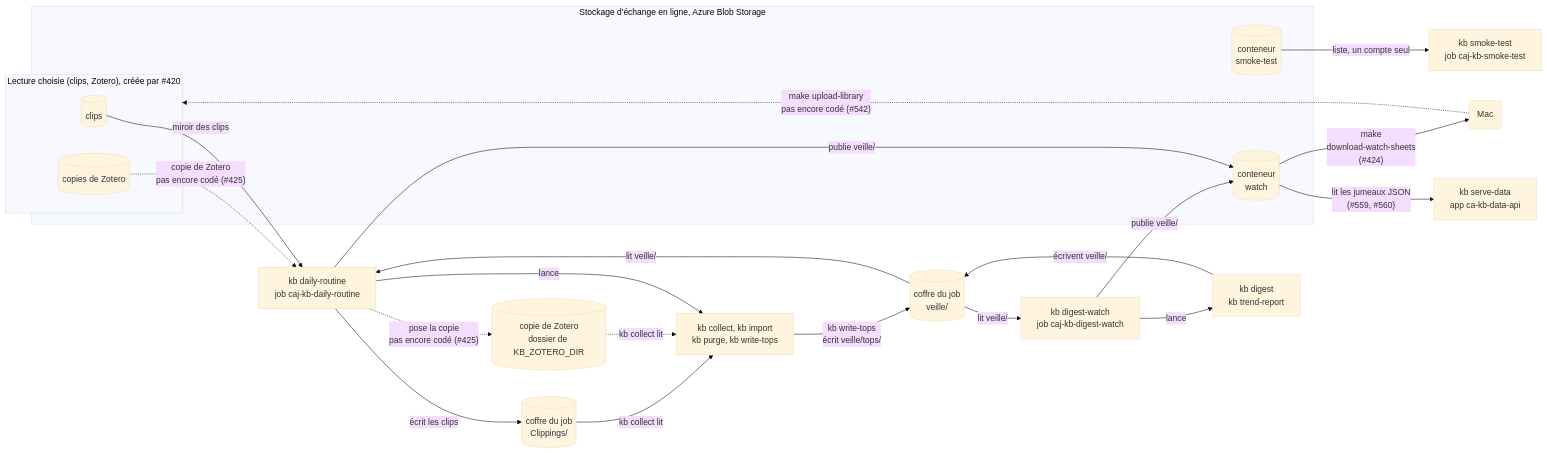
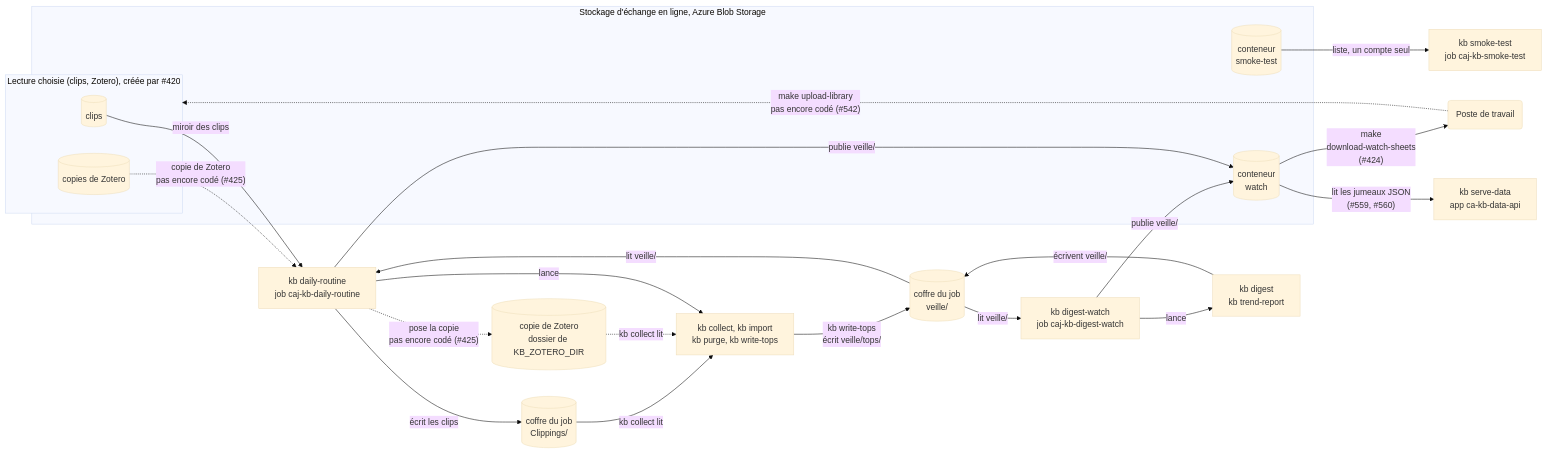
The third of 4 diagrams in documentation/architecture_pour_docu.md (SabineLaurent/K-B), drawn with Mermaid (base theme) before and after one commit. The commit also changed other lines of this file and 5 other files, not shown here.

Commit message:
docs: say in local and online instead of on the Mac in the site, and the workstation where the Mac was an actor, keeping macOS for Homebrew and the TLS trial (issue 684)

````diff
--- a/documentation/architecture_pour_docu.md
+++ b/documentation/architecture_pour_docu.md
@@ -197,41 +197,41 @@
 ```mermaid
 flowchart LR
     accTitle: Les jobs en ligne et le stockage d'échange
-    accDescr: Dans le stockage d'échange en ligne, kb smoke-test liste le conteneur smoke-test. kb daily-routine copie les clips du conteneur clippings dans le coffre du job, lance kb collect, kb import, kb purge et kb write-tops, puis publie veille dans le conteneur watch. kb digest-watch lance kb digest et kb trend-report, puis publie veille de même. L'API de données lit les jumeaux JSON de watch, et le Mac en copie les fiches. L'envoi des clips et de Zotero depuis le Mac et la copie de Zotero dans le job ne sont pas encore codés.
+    accDescr: Dans le stockage d'échange en ligne, kb smoke-test liste le conteneur smoke-test. kb daily-routine copie les clips du conteneur clippings dans le coffre du job, lance kb collect, kb import, kb purge et kb write-tops, puis publie veille dans le conteneur watch. kb digest-watch lance kb digest et kb trend-report, puis publie veille de même. L'API de données lit les jumeaux JSON de watch, et le poste de travail en copie les fiches. L'envoi des clips et de Zotero depuis le poste de travail et la copie de Zotero dans le job ne sont pas encore codés.
     subgraph exchange["Stockage d'échange en ligne, Azure Blob Storage"]
         smokeContainer[("conteneur<br>smoke-test")]
         subgraph choice["Lecture choisie (clips, Zotero), créée par #420"]
             choiceClips[("clips")]
             choiceZotero[("copies de Zotero")]
         end
         watchContainer[("conteneur<br>watch")]
     end
-    mac("Mac")
+    workstation("Poste de travail")
     smokeTest["kb smoke-test<br>job caj-kb-smoke-test"]
     dailyRoutine["kb daily-routine<br>job caj-kb-daily-routine"]
     digestWatch["kb digest-watch<br>job caj-kb-digest-watch"]
     dataApi["kb serve-data<br>app ca-kb-data-api"]
     clippings[("coffre du job<br>Clippings/")]
     zotero[("copie de Zotero<br>dossier de KB_ZOTERO_DIR")]
     vault[("coffre du job<br>veille/")]
     steps["kb collect, kb import<br>kb purge, kb write-tops"]
     digestSteps["kb digest<br>kb trend-report"]
     smokeContainer -->|"liste, un compte seul"| smokeTest
-    mac -.->|"make upload-library<br>pas encore codé (#542)"| choice
+    workstation -.->|"make upload-library<br>pas encore codé (#542)"| choice
     choiceClips -->|"miroir des clips"| dailyRoutine
     dailyRoutine -->|"écrit les clips"| clippings
     choiceZotero -.->|"copie de Zotero<br>pas encore codé (#425)"| dailyRoutine
     dailyRoutine -.->|"pose la copie<br>pas encore codé (#425)"| zotero
     dailyRoutine -->|"lance"| steps
     digestWatch -->|"lance"| digestSteps
     clippings -->|"kb collect lit"| steps
     zotero -.->|"kb collect lit"| steps
     steps -->|"kb write-tops<br>écrit veille/tops/"| vault
     digestSteps -->|"écrivent veille/"| vault
     vault -->|"lit veille/"| dailyRoutine
     vault -->|"lit veille/"| digestWatch
     dailyRoutine -->|"publie veille/"| watchContainer
     digestWatch -->|"publie veille/"| watchContainer
     watchContainer -->|"lit les jumeaux JSON<br>(#559, #560)"| dataApi
-    watchContainer -->|"make<br>download-watch-sheets<br>(#424)"| mac
+    watchContainer -->|"make<br>download-watch-sheets<br>(#424)"| workstation
 ```
````
